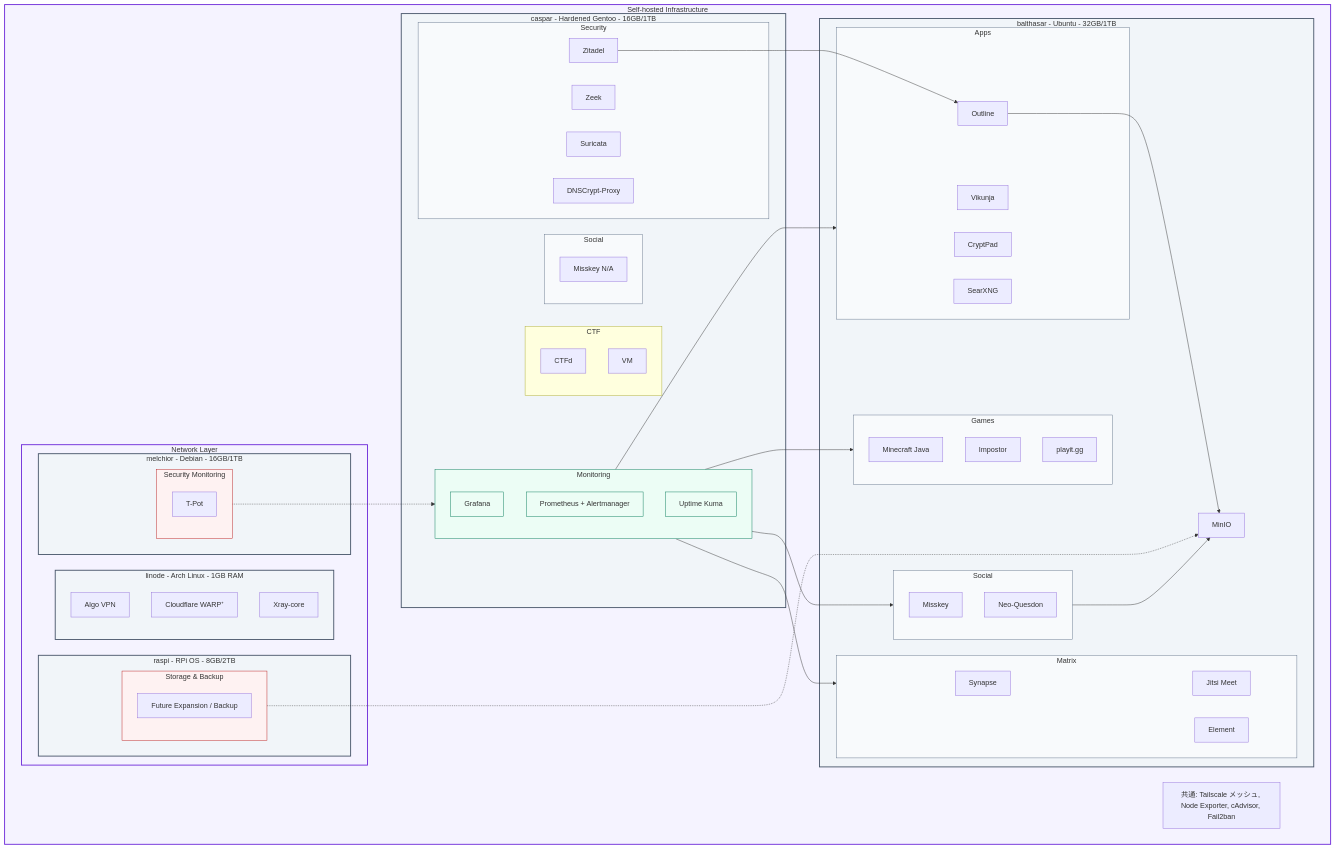
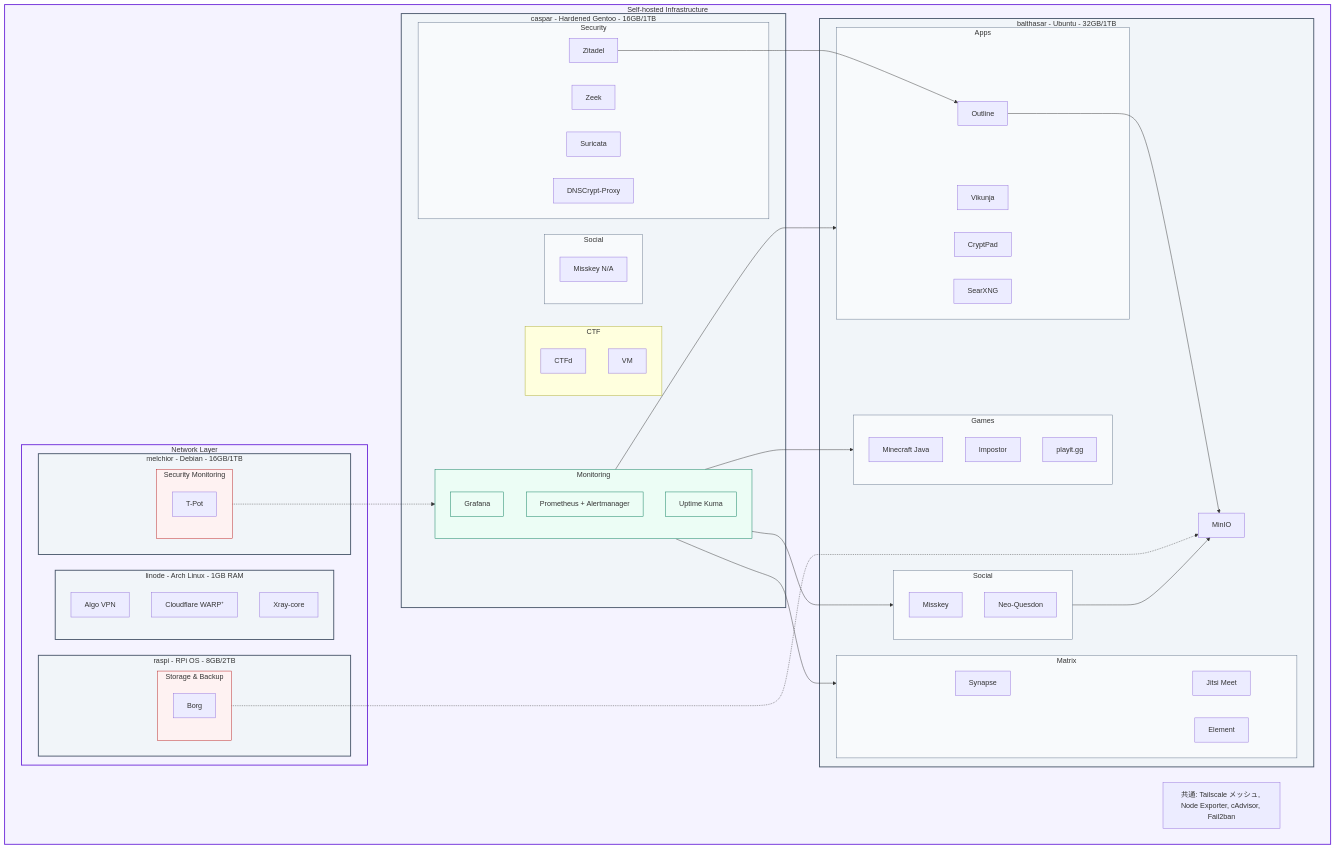
The diagram in README.md (yamisskey-dev/hosted-list), drawn with Mermaid before and after one commit.

```diff
--- a/README.md
+++ b/README.md
@@ -70,7 +70,7 @@
         
         subgraph raspi[raspi - RPi OS - 8GB/2TB]
             subgraph storage[Storage & Backup]
-                reserve[Future Expansion / Backup]
+                borgbackup[Borg]
             end
         end
     end
```
